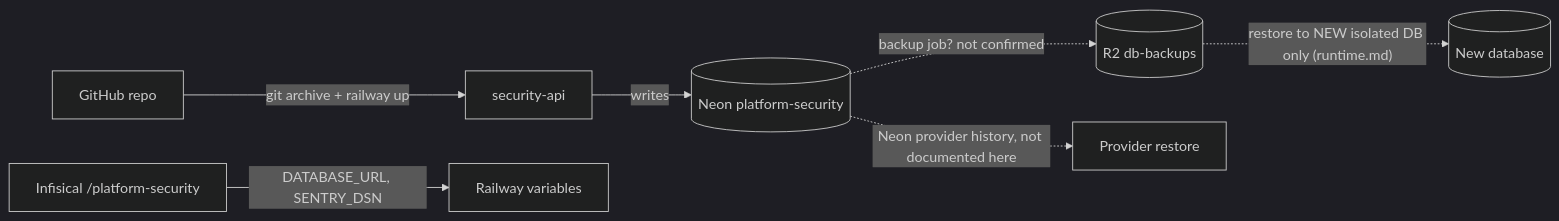
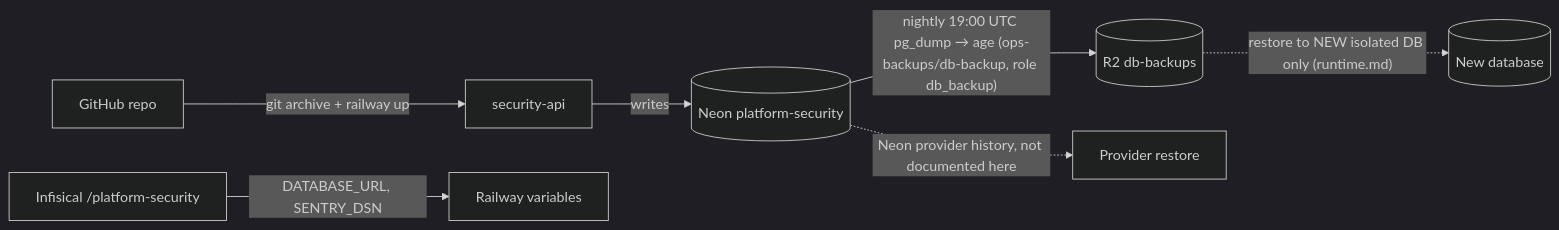
The diagram in docs/diagrams/14-backup-dr.md (bookchaowalit-backend/platform-security), drawn with Mermaid (dark theme) before and after one commit. The commit also changed other lines of this file and 5 other files, not shown here.

First line of the commit message:
feat(edge): rate limit with failed-auth lockout; drop public schema and metrics

````diff
--- a/docs/diagrams/14-backup-dr.md
+++ b/docs/diagrams/14-backup-dr.md
@@ -13,9 +13,9 @@
 ```mermaid
 flowchart LR
   APP["security-api"] -->|"writes"| NEON[("Neon platform-security")]
-  NEON -.->|"backup job? not confirmed"| R2[("R2 db-backups")]
+  NEON -->|"nightly 19:00 UTC pg_dump → age (ops-backups/db-backup, role db_backup)"| R2[("R2 db-backups")]
   NEON -.->|"Neon provider history, not documented here"| PITR["Provider restore"]
   INF["Infisical /platform-security"] -->|"DATABASE_URL, SENTRY_DSN"| RW["Railway variables"]
   GH["GitHub repo"] -->|"git archive + railway up"| APP
   R2 -.->|"restore to NEW isolated DB only (runtime.md)"| NEWDB[("New database")]
 ```
````
